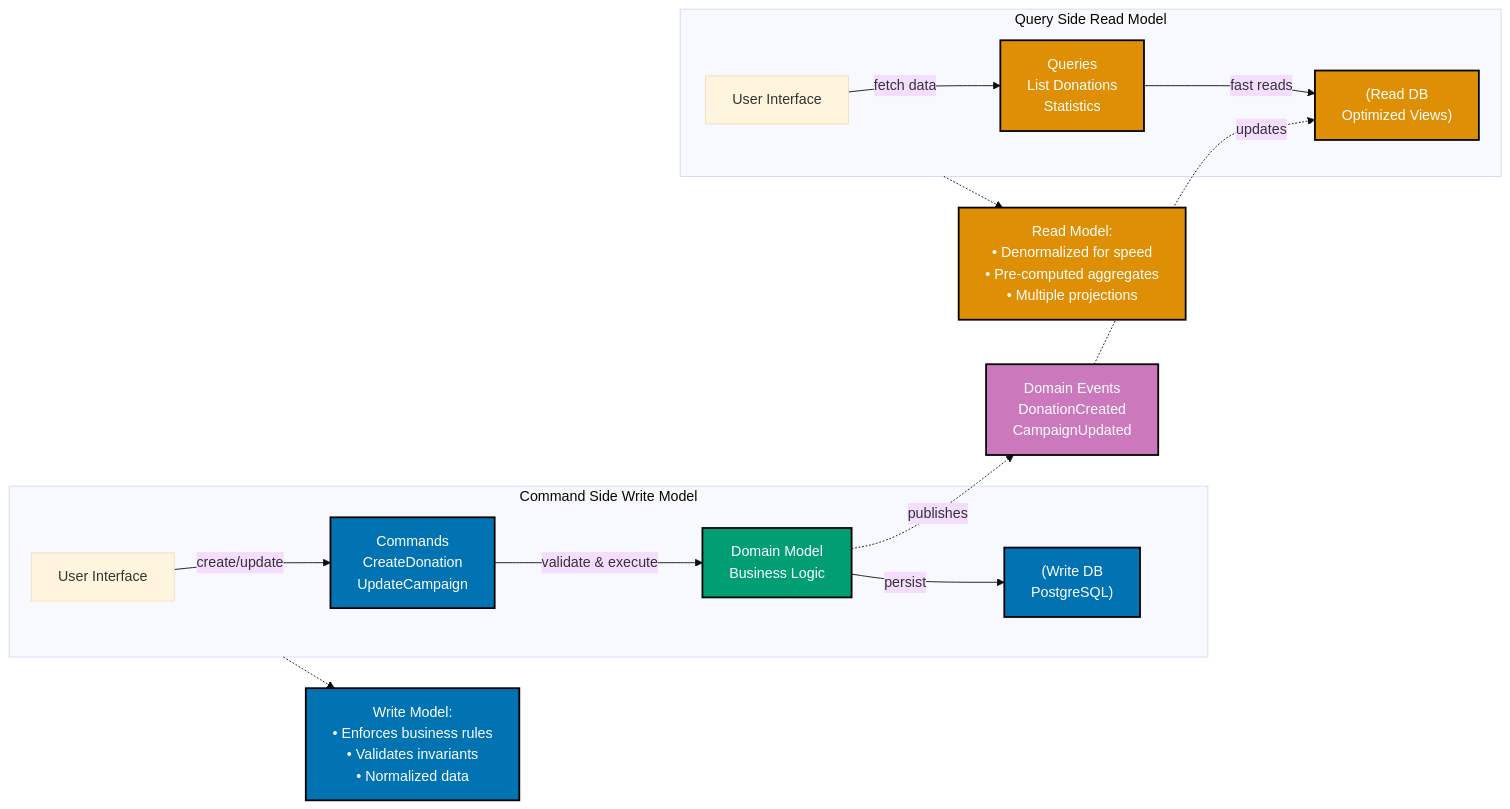
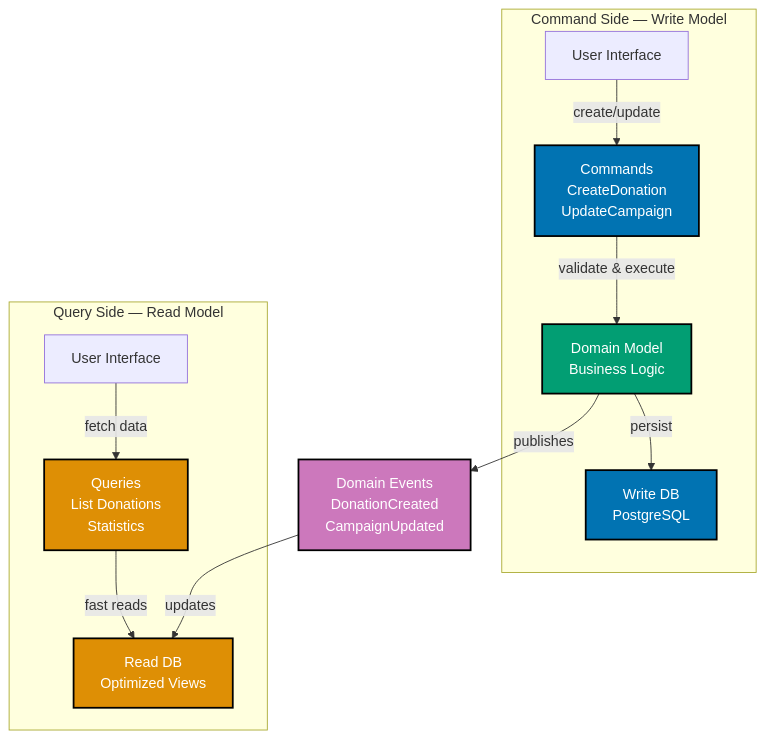
Before and after one commit to wahidyankf/ose-primer: the fifth of 5 diagrams in docs/explanation/software-engineering/programming-languages/elixir/ddd-standards.md, drawn with Mermaid. The commit also changed 86 other files, not shown here.

````diff
--- a/docs/explanation/software-engineering/programming-languages/elixir/ddd-standards.md
+++ b/docs/explanation/software-engineering/programming-languages/elixir/ddd-standards.md
@@ -1463,44 +1463,39 @@
 ```mermaid
-%%{init: {'theme':'base'}}%%
-graph LR
-    subgraph CommandSide["Command Side Write Model"]
+%% Color Palette: Blue #0173B2, Orange #DE8F05, Teal #029E73, Purple #CC78BC
+%% All colors are color-blind friendly and meet WCAG AA contrast standards
+graph TD
+    subgraph CommandSide["Command Side — Write Model"]
         UI1[User Interface]
         Cmd[Commands<br/>CreateDonation<br/>UpdateCampaign]
         Domain[Domain Model<br/>Business Logic]
-        WriteDB[#40;Write DB<br/>PostgreSQL#41;]
+        WriteDB[Write DB<br/>PostgreSQL]
 
         UI1 -->|create/update| Cmd
         Cmd -->|validate & execute| Domain
         Domain -->|persist| WriteDB
     end
 
-    subgraph QuerySide["Query Side Read Model"]
+    subgraph QuerySide["Query Side — Read Model"]
         UI2[User Interface]
         Query[Queries<br/>List Donations<br/>Statistics]
-        ReadDB[#40;Read DB<br/>Optimized Views#41;]
+        ReadDB[Read DB<br/>Optimized Views]
 
         UI2 -->|fetch data| Query
         Query -->|fast reads| ReadDB
     end
 
     Events[Domain Events<br/>DonationCreated<br/>CampaignUpdated]
 
-    Domain -.->|publishes| Events
-    Events -.->|updates| ReadDB
-
-    Note1[Write Model:<br/>• Enforces business rules<br/>• Validates invariants<br/>• Normalized data]
-    Note2[Read Model:<br/>• Denormalized for speed<br/>• Pre-computed aggregates<br/>• Multiple projections]
-
-    CommandSide -.-> Note1
-    QuerySide -.-> Note2
+    Domain -->|publishes| Events
+    Events -->|updates| ReadDB
 
     classDef blue fill:#0173B2,stroke:#000000,color:#FFFFFF,stroke-width:2px
     classDef teal fill:#029E73,stroke:#000000,color:#FFFFFF,stroke-width:2px
     classDef orange fill:#DE8F05,stroke:#000000,color:#FFFFFF,stroke-width:2px
     classDef purple fill:#CC78BC,stroke:#000000,color:#FFFFFF,stroke-width:2px
 
-    class Cmd,WriteDB,Note1 blue
+    class Cmd,WriteDB blue
     class Domain teal
-    class Query,ReadDB,Note2 orange
+    class Query,ReadDB orange
     class Events purple
 ```
````
